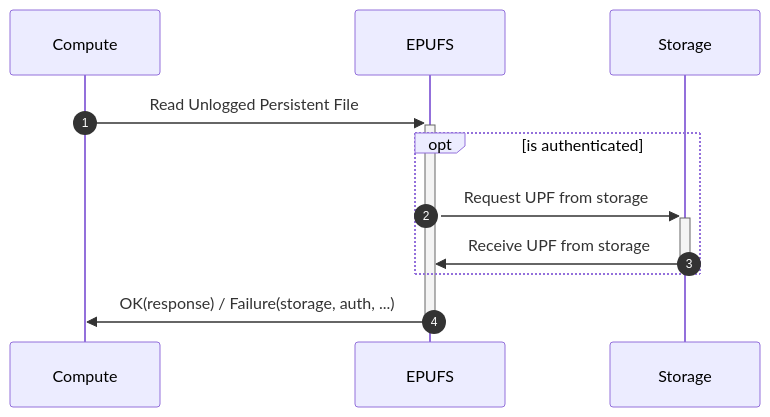
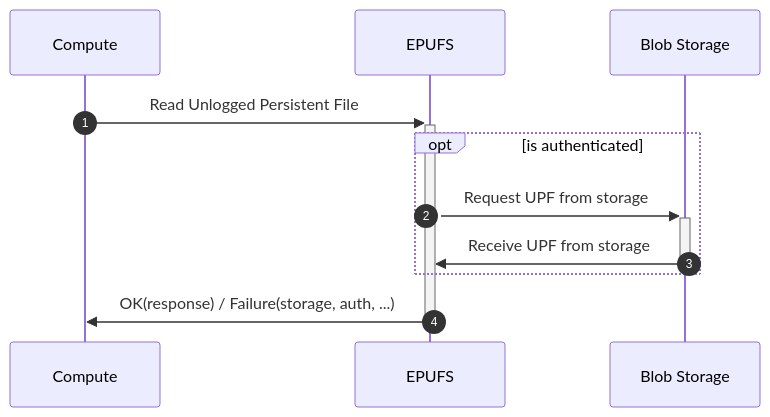
The second of 4 diagrams in docs/rfcs/040-Endpoint-Persistent-Unlogged-Files-Storage.md (neondatabase/neon), drawn with Mermaid before and after one commit. The commit also changed other lines of this file, not shown here.

````diff
--- a/docs/rfcs/040-Endpoint-Persistent-Unlogged-Files-Storage.md
+++ b/docs/rfcs/040-Endpoint-Persistent-Unlogged-Files-Storage.md
@@ -74,14 +99,14 @@
 ```mermaid
 sequenceDiagram
     autonumber
     participant co as Compute
     participant ep as EPUFS
-    participant s3 as Storage
+    participant s3 as Blob Storage
 
     co->>+ep: Read Unlogged Persistent File
     opt is authenticated
         ep->>+s3: Request UPF from storage
         s3->>-ep: Receive UPF from storage
     end
     ep->>-co: OK(response) / Failure(storage, auth, ...)
 ```
````
